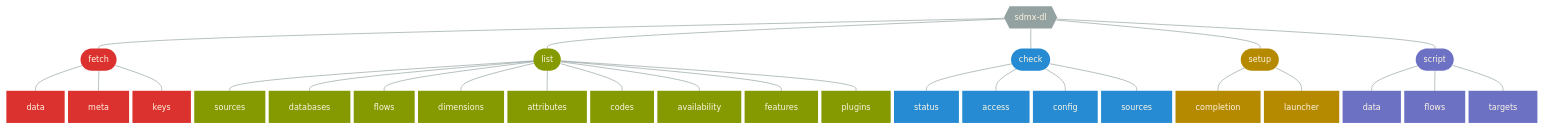
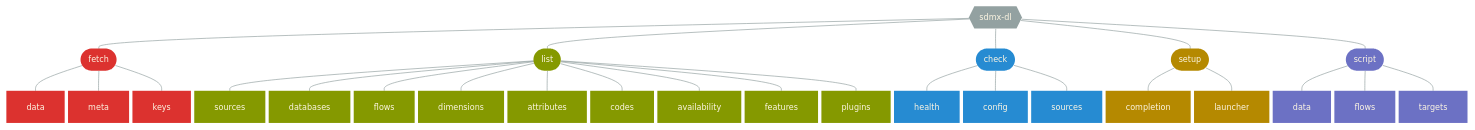
Before and after one commit to nbbrd/sdmx-dl: the diagram in docs/content/cli/usage.md, drawn with Mermaid. The commit also changed other lines of this file and 42 other files, not shown here.

Commit message:
Add source health check merging monitor report and live access check

````diff
--- a/docs/content/cli/usage.md
+++ b/docs/content/cli/usage.md
@@ -23,54 +23,53 @@
 ```mermaid
 %%{init:{'themeVariables': {'textColor': '#fdf6e3', 'fontSize': '12px'},'flowchart':{'nodeSpacing': 5, 'rankSpacing': 30}}}%%
 flowchart TB
     r{{sdmx-dl}}
     r --- f([fetch]) --- data & meta & keys
     r --- l([list]) --- sources & databases & flows & dimensions & attributes & codes & availability & features & plugins
-    r --- c([check]) --- status & access & config & xsources[sources]
+    r --- c([check]) --- health & config & xsources[sources]
     r --- s([setup]) --- completion & launcher
     r --- x([script]) --- xdata[data] & xflows[flows] & targets
 
     classDef default fill:#93a1a1,stroke-width:0px 
     linkStyle default stroke:#93a1a1
  
     classDef fx fill:#dc322f
     class f,data,meta,keys fx;
     click f "#fetch" "fetch command"
     click data "#fetch-data" "fetch data command"
     click meta "#fetch-meta" "fetch meta command"
     click keys "#fetch-keys" "fetch keys command"
    
     classDef lx fill:#859900
     class l,sources,databases,flows,dimensions,attributes,codes,availability,features,plugins lx;
     click l "#list" "list command"
     click sources "#list-sources" "list sources command"
     click databases "#list-databases" "list databases command"
     click flows "#list-flows" "list flows command"
     click dimensions "#list-dimensions" "list dimensions command"
     click attributes "#list-attributes" "list attributes command"
     click codes "#list-codes" "list codes command"
     click availability "#list-availability" "list availability command"
     click features "#list-features" "list features command"
     click plugins "#list-plugins" "list plugins command"
 
     classDef cx fill:#268bd2
-    class c,status,access,config,xsources cx;
+    class c,health,config,xsources cx;
     click c "#check" "check command"
-    click status "#check-status" "check status command"
-    click access "#check-access" "check access command"
+    click health "#check-health" "check health command"
     click config "#check-config" "check config command"
     click xsources "#check-sources" "check sources command"
     
     classDef sx fill:#b58900
     class s,completion,launcher sx;
     click s "#setup" "setup command"
     click completion "#setup-completion" "setup completion command"
     click launcher "#setup-launcher" "setup launcher command"
 
     classDef xx fill:#6c71c4
     class x,xdata,xflows,targets xx;
     click x "#script" "script command"
     click xdata "#script-data" "script data command"
     click xflows "#script-flows" "script flows command"
     click targets "#script-targets" "script targets command"
 ```
````
